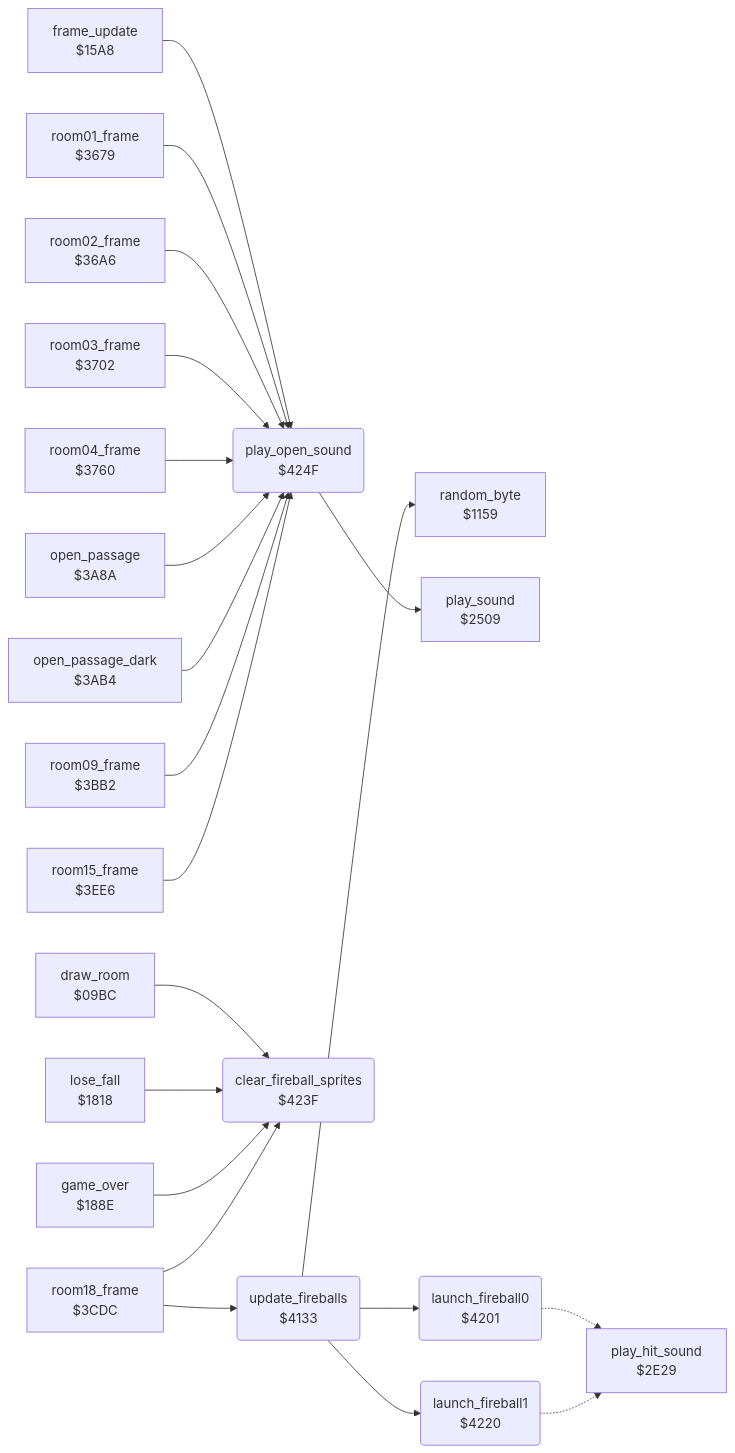
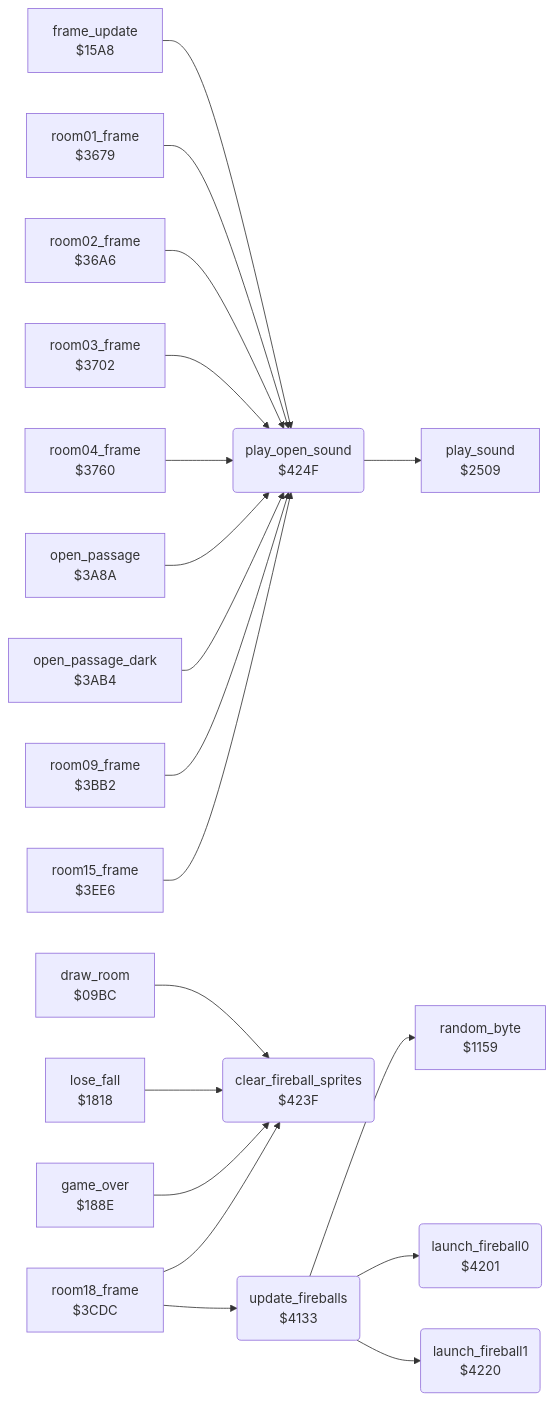
The diagram in bruce_lee/docs/reference/modules/room/wizard_fireballs.md (henols/c64_games), drawn with Mermaid before and after one commit. The commit also changed other lines of this file and 236 other files, not shown here.

````diff
--- a/bruce_lee/docs/reference/modules/room/wizard_fireballs.md
+++ b/bruce_lee/docs/reference/modules/room/wizard_fireballs.md
@@ -10,44 +20,41 @@
 ```mermaid
 flowchart LR
   n09bc["draw_room<br/>$09BC"]
   n1159["random_byte<br/>$1159"]
   n15a8["frame_update<br/>$15A8"]
   n1818["lose_fall<br/>$1818"]
   n188e["game_over<br/>$188E"]
   n2509["play_sound<br/>$2509"]
-  n2e29["play_hit_sound<br/>$2E29"]
   n3679["room01_frame<br/>$3679"]
   n36a6["room02_frame<br/>$36A6"]
   n3702["room03_frame<br/>$3702"]
   n3760["room04_frame<br/>$3760"]
   n3a8a["open_passage<br/>$3A8A"]
   n3ab4["open_passage_dark<br/>$3AB4"]
   n3bb2["room09_frame<br/>$3BB2"]
   n3cdc["room18_frame<br/>$3CDC"]
   n3ee6["room15_frame<br/>$3EE6"]
   n4133("update_fireballs<br/>$4133")
   n4201("launch_fireball0<br/>$4201")
   n4220("launch_fireball1<br/>$4220")
   n423f("clear_fireball_sprites<br/>$423F")
   n424f("play_open_sound<br/>$424F")
   n09bc --> n423f
   n15a8 --> n424f
   n1818 --> n423f
   n188e --> n423f
   n3679 --> n424f
   n36a6 --> n424f
   n3702 --> n424f
   n3760 --> n424f
   n3a8a --> n424f
   n3ab4 --> n424f
   n3bb2 --> n424f
   n3cdc --> n4133
   n3cdc --> n423f
   n3ee6 --> n424f
   n4133 --> n1159
   n4133 --> n4201
   n4133 --> n4220
-  n4201 -.-> n2e29
-  n4220 -.-> n2e29
   n424f --> n2509
 ```
````
